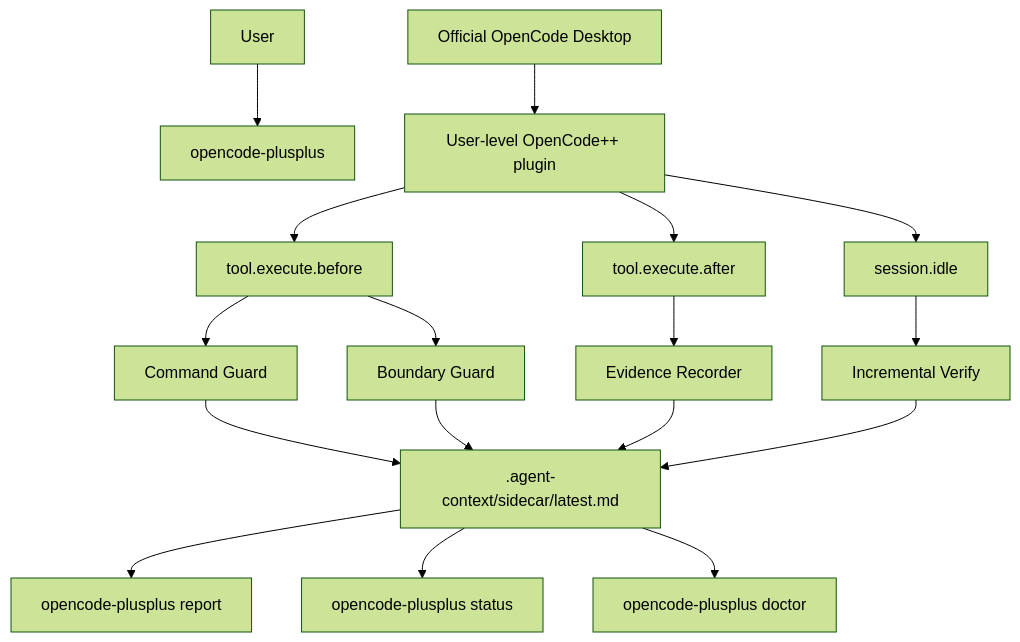
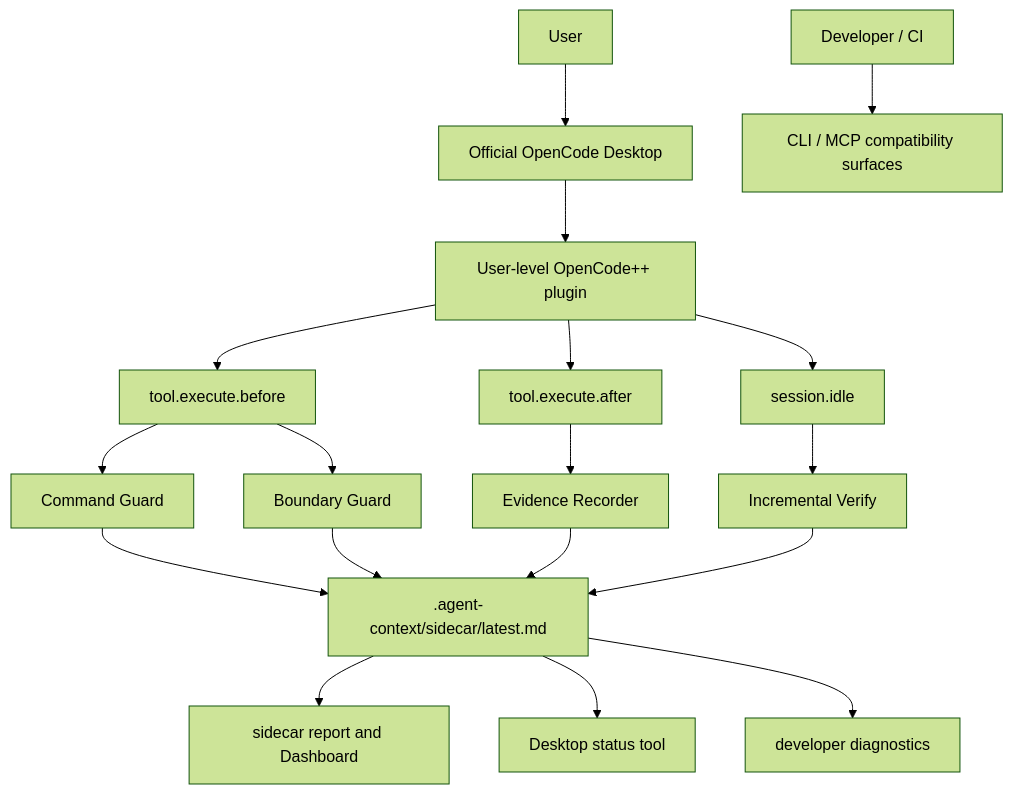
Before and after one commit to whut09/Repo-to-Agent-Context: the first of 2 diagrams in docs/concepts/architecture.md, drawn with Mermaid (forest theme). The commit also changed other lines of this file and 7 other files, not shown here.

Commit message:
docs: align architecture with desktop runtime

````diff
--- a/docs/concepts/architecture.md
+++ b/docs/concepts/architecture.md
@@ -19,23 +19,24 @@
 ```mermaid
 flowchart TD
-  User["User"] --> CLI["opencode-plusplus"]
-  Desktop["Official OpenCode Desktop"] --> Plugin["User-level OpenCode++ plugin"]
+  User["User"] --> Desktop["Official OpenCode Desktop"]
+  Desktop --> Plugin["User-level OpenCode++ plugin"]
+  Developer["Developer / CI"] --> CLI["CLI / MCP compatibility surfaces"]
 
   Plugin --> Before["tool.execute.before"]
   Plugin --> After["tool.execute.after"]
   Plugin --> Idle["session.idle"]
 
   Before --> CommandGuard["Command Guard"]
   Before --> BoundaryGuard["Boundary Guard"]
   After --> EvidenceRecorder["Evidence Recorder"]
   Idle --> IncrementalVerify["Incremental Verify"]
 
   CommandGuard --> Latest[".agent-context/sidecar/latest.md"]
   BoundaryGuard --> Latest
   EvidenceRecorder --> Latest
   IncrementalVerify --> Latest
 
-  Latest --> Report["opencode-plusplus report"]
-  Latest --> Status["opencode-plusplus status"]
-  Latest --> Doctor["opencode-plusplus doctor"]
+  Latest --> Report["sidecar report and Dashboard"]
+  Latest --> Status["Desktop status tool"]
+  Latest --> Doctor["developer diagnostics"]
 ```
````
